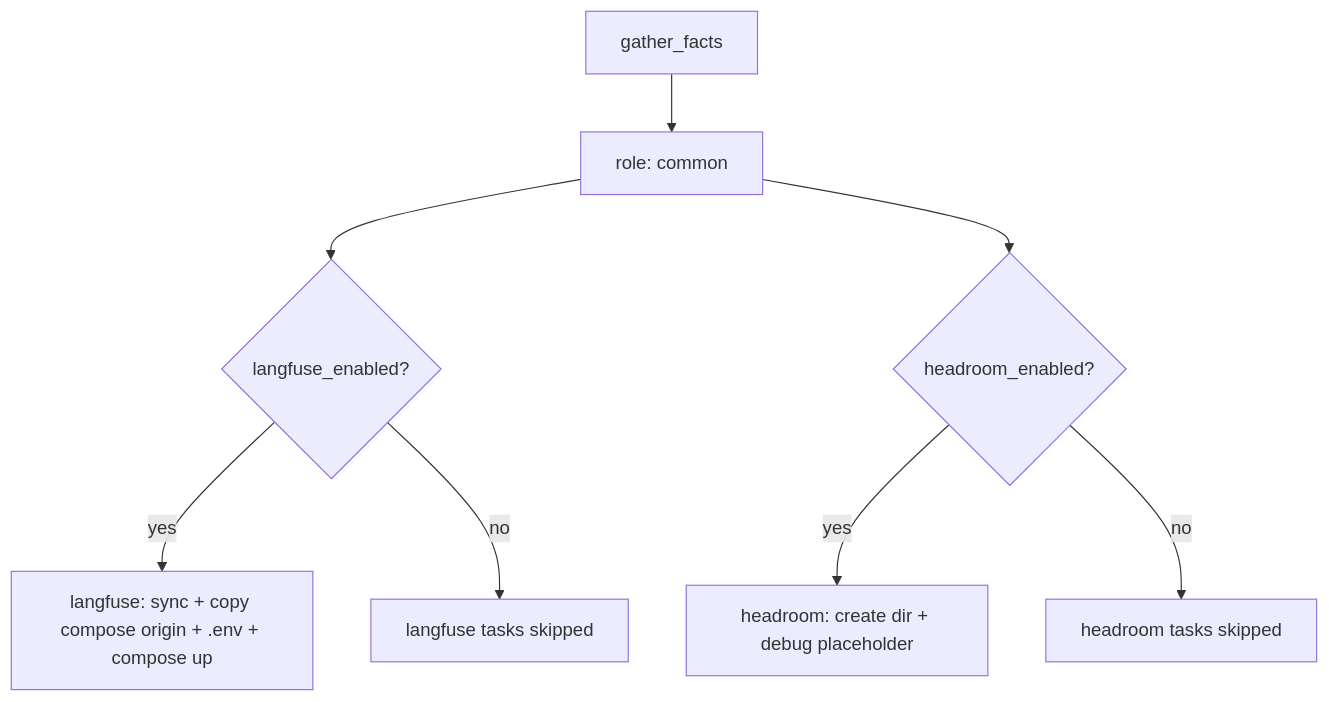
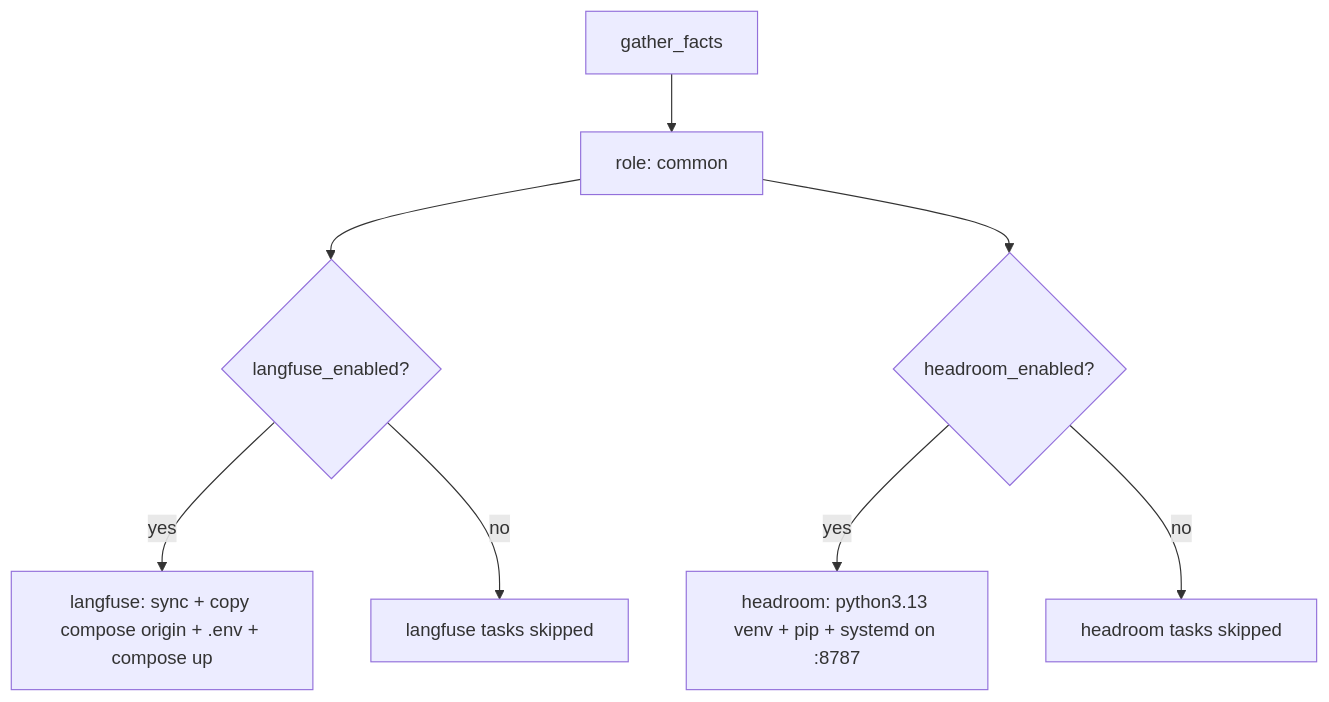
The eighth of 11 diagrams in ansible/README-site-workflow.md (alinadjar/iAnsible), drawn with Mermaid before and after one commit. The commit also changed 1676 other files, not shown here.

````diff
--- a/ansible/README-site-workflow.md
+++ b/ansible/README-site-workflow.md
@@ -200,10 +200,10 @@
 ```mermaid
 flowchart TD
   A[gather_facts] --> B[role: common]
   B --> C{langfuse_enabled?}
   C -->|yes| L1[langfuse: sync + copy compose origin + .env + compose up]
   C -->|no| L0[langfuse tasks skipped]
   B --> D{headroom_enabled?}
-  D -->|yes| H1[headroom: create dir + debug placeholder]
+  D -->|yes| H1[headroom: python3.13 venv + pip + systemd on :8787]
   D -->|no| H0[headroom tasks skipped]
 ```
````
